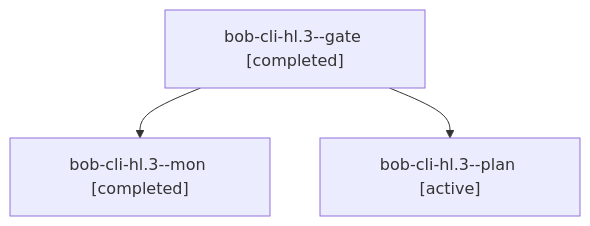
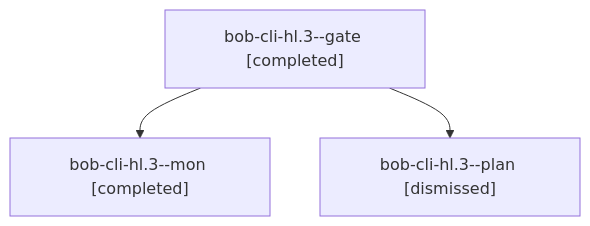
Before and after one commit to bobs-org/bob-cli--agents: the diagram in sessions/bbugyi200.athena.bob-cli-hl.3.md, drawn with Mermaid. The commit also changed other lines of this file and 84 other files, not shown here.

````diff
--- a/sessions/bbugyi200.athena.bob-cli-hl.3.md
+++ b/sessions/bbugyi200.athena.bob-cli-hl.3.md
@@ -9,8 +9,8 @@
 ```mermaid
 flowchart TD
   n0["bob-cli-hl.3--gate [completed]"]
   n1["bob-cli-hl.3--mon [completed]"]
   n0 --> n1
-  n2["bob-cli-hl.3--plan [active]"]
+  n2["bob-cli-hl.3--plan [dismissed]"]
   n0 --> n2
 ```
````
